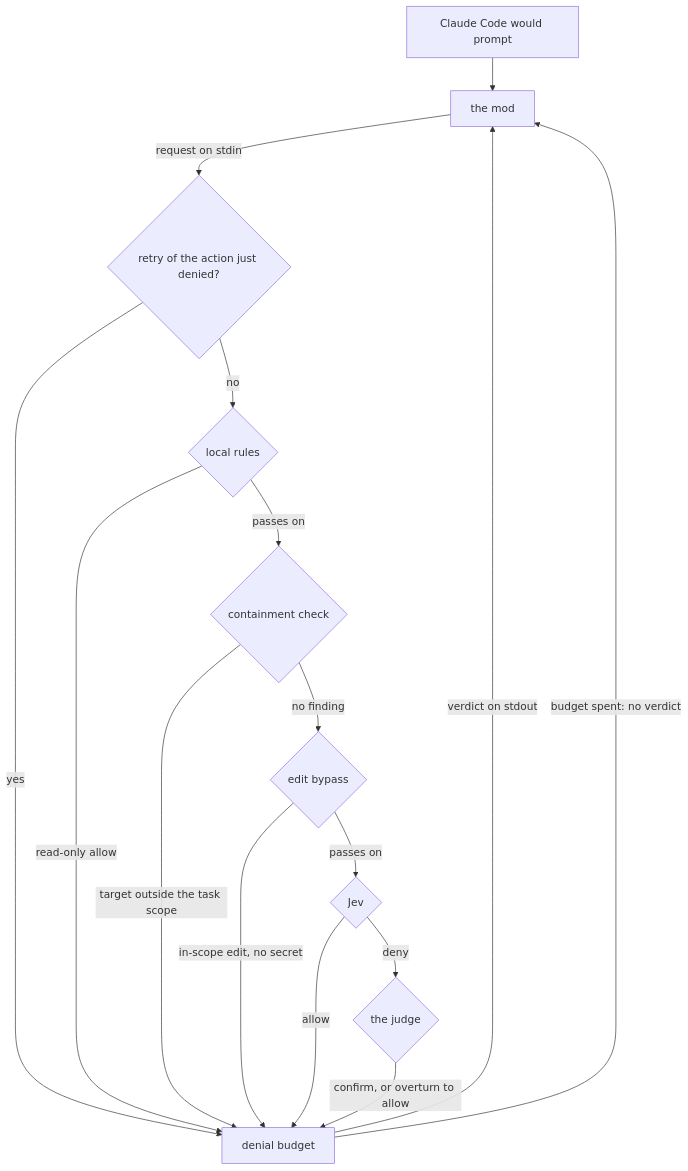
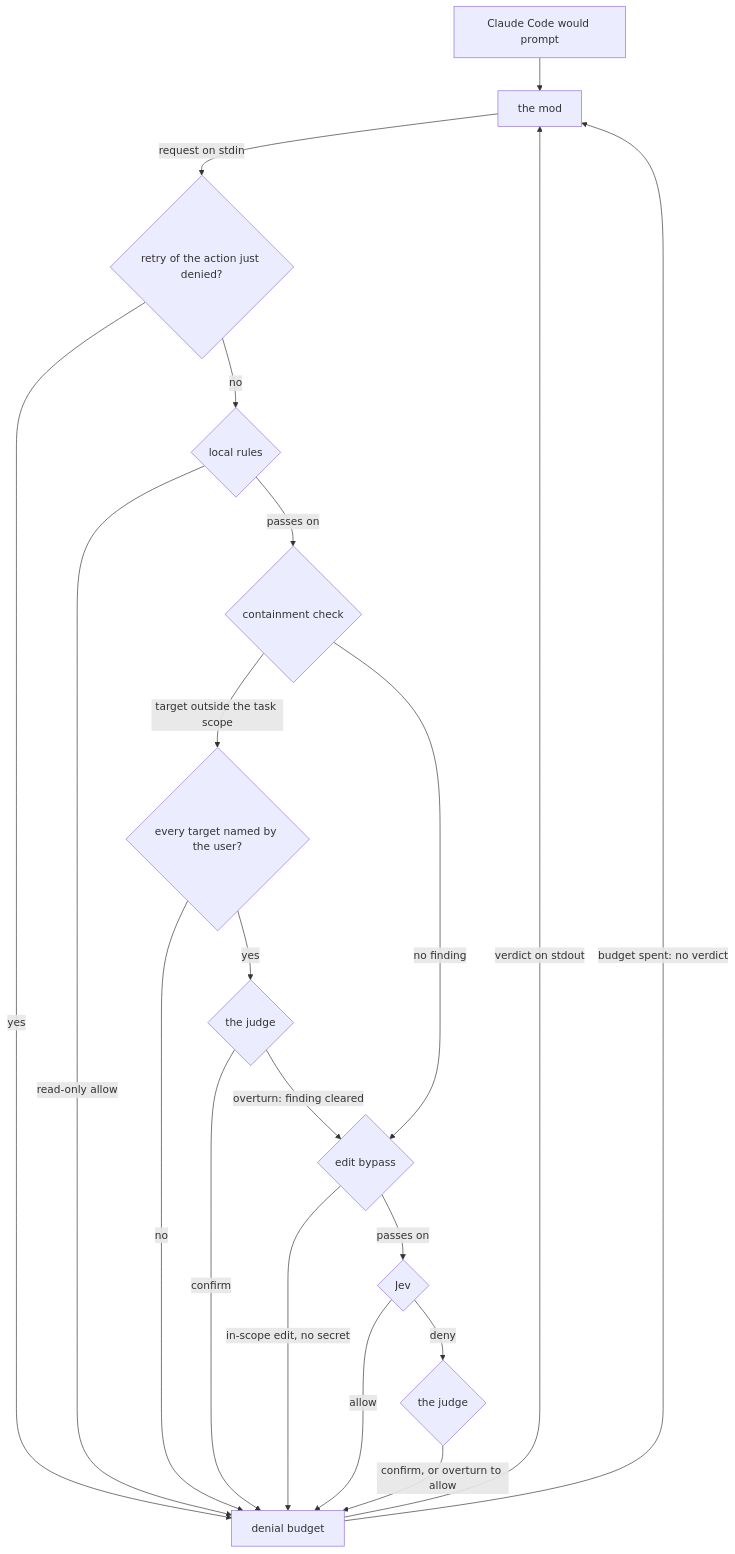
The first of 2 diagrams in docs/architecture/overview.md (zgeoff/auto-mode), drawn with Mermaid before and after one commit. The commit also changed other lines of this file and 43 other files, not shown here.

First line of the commit message:
feat(geo-163): let a user-named target send a scope deny to the judge (#155)

````diff
--- a/docs/architecture/overview.md
+++ b/docs/architecture/overview.md
@@ -19,18 +19,22 @@
 ```mermaid
 flowchart TD
   P["Claude Code would prompt"] --> M["the mod"]
   M -->|"request on stdin"| R{"retry of the action just denied?"}
   R -->|yes| B
   R -->|no| L{"local rules"}
   L -->|"read-only allow"| B
   L -->|"passes on"| C{"containment check"}
-  C -->|"target outside the task scope"| B
+  C -->|"target outside the task scope"| N{"every target named by the user?"}
+  N -->|no| B
+  N -->|yes| G2{"the judge"}
+  G2 -->|confirm| B
+  G2 -->|"overturn: finding cleared"| E
   C -->|"no finding"| E{"edit bypass"}
   E -->|"in-scope edit, no secret"| B
   E -->|"passes on"| J{"Jev"}
   J -->|allow| B
   J -->|deny| G{"the judge"}
   G -->|"confirm, or overturn to allow"| B["denial budget"]
   B -->|"verdict on stdout"| M
   B -->|"budget spent: no verdict"| M
 ```
````
